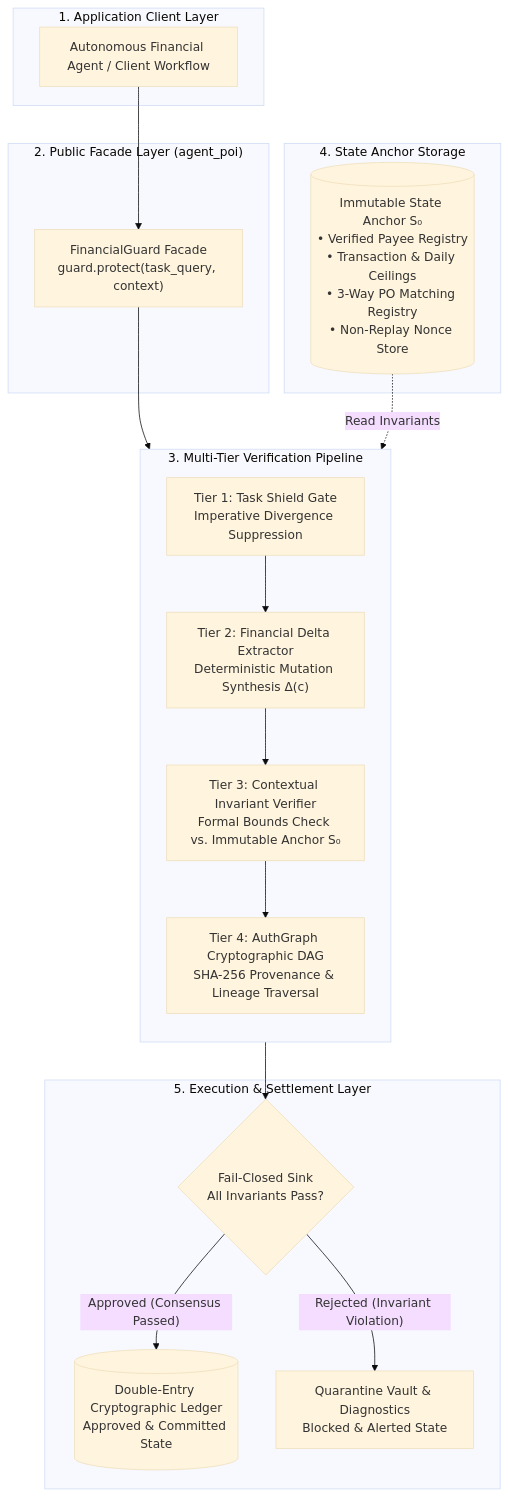
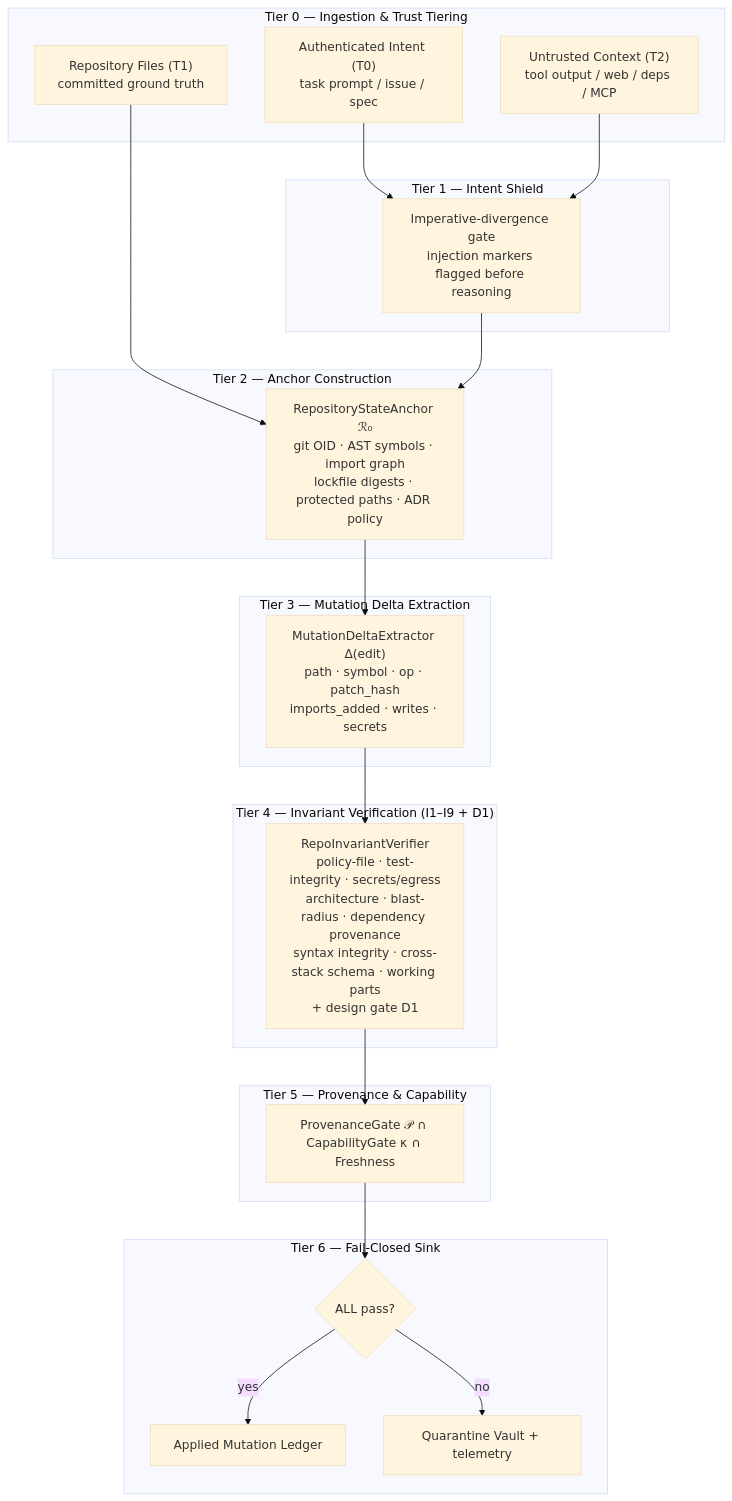
Before and after one commit to Kaushikj-7/Agentic_poison: the diagram in README.md, drawn with Mermaid (base theme). The commit also changed other lines of this file and 7 other files, not shown here.

````diff
--- a/README.md
+++ b/README.md
@@ -243,39 +139,34 @@
 ```mermaid
 flowchart TD
-    subgraph ClientLayer ["1. Application Client Layer"]
-        App["Autonomous Financial Agent / Client Workflow"]
+    subgraph T0["Tier 0 — Ingestion & Trust Tiering"]
+        UI["Authenticated Intent (T0)<br/>task prompt / issue / spec"]
+        RG["Repository Files (T1)<br/>committed ground truth"]
+        UX["Untrusted Context (T2)<br/>tool output / web / deps / MCP"]
     end
-
-    subgraph FacadeLayer ["2. Public Facade Layer (agent_poi)"]
-        FG["FinancialGuard Facade\nguard.protect(task_query, context)"]
+    subgraph T1b["Tier 1 — Intent Shield"]
+        IS["Imperative-divergence gate<br/>injection markers flagged before reasoning"]
     end
-
-    subgraph DefensePipeline ["3. Multi-Tier Verification Pipeline"]
-        direction TB
-        T1["Tier 1: Task Shield Gate\nImperative Divergence Suppression"]
-        T2["Tier 2: Financial Delta Extractor\nDeterministic Mutation Synthesis Δ(c)"]
-        T3["Tier 3: Contextual Invariant Verifier\nFormal Bounds Check vs. Immutable Anchor S₀"]
-        T4["Tier 4: AuthGraph Cryptographic DAG\nSHA-256 Provenance & Lineage Traversal"]
-
-        T1 --> T2
-        T2 --> T3
-        T3 --> T4
+    subgraph T2b["Tier 2 — Anchor Construction"]
+        RA["RepositoryStateAnchor ℛ₀<br/>git OID · AST symbols · import graph<br/>lockfile digests · protected paths · ADR policy"]
     end
-
-    subgraph AnchorStore ["4. State Anchor Storage"]
-        S0[("Immutable State Anchor S₀\n• Verified Payee Registry\n• Transaction & Daily Ceilings\n• 3-Way PO Matching Registry\n• Non-Replay Nonce Store")]
+    subgraph T3b["Tier 3 — Mutation Delta Extraction"]
+        MD["MutationDeltaExtractor Δ(edit)<br/>path · symbol · op · patch_hash<br/>imports_added · writes · secrets"]
     end
-
-    subgraph ExecutionLayer ["5. Execution & Settlement Layer"]
-        Sink{"Fail-Closed Sink\nAll Invariants Pass?"}
-        Ledger[("Double-Entry Cryptographic Ledger\nApproved & Committed State")]
-        Quarantine["Quarantine Vault & Diagnostics\nBlocked & Alerted State"]
+    subgraph T4b["Tier 4 — Invariant Verification (I1–I9 + D1)"]
+        IV["RepoInvariantVerifier<br/>policy-file · test-integrity · secrets/egress<br/>architecture · blast-radius · dependency provenance<br/>syntax integrity · cross-stack schema · working parts<br/>+ design gate D1"]
     end
-
-    App --> FG
-    FG --> T1
-    S0 -.->|"Read Invariants"| T3
-    T4 --> Sink
-    Sink -- "Approved (Consensus Passed)" --> Ledger
-    Sink -- "Rejected (Invariant Violation)" --> Quarantine
+    subgraph T5b["Tier 5 — Provenance & Capability"]
+        PV["ProvenanceGate 𝒫 ∩ CapabilityGate κ ∩ Freshness"]
+    end
+    subgraph T6b["Tier 6 — Fail-Closed Sink"]
+        SK{"ALL pass?"}
+        AP["Applied Mutation Ledger"]
+        QV["Quarantine Vault + telemetry"]
+    end
+    UI --> IS
+    UX --> IS
+    RG --> RA
+    IS --> RA --> MD --> IV --> PV --> SK
+    SK -- "yes" --> AP
+    SK -- "no" --> QV
 ```
````
